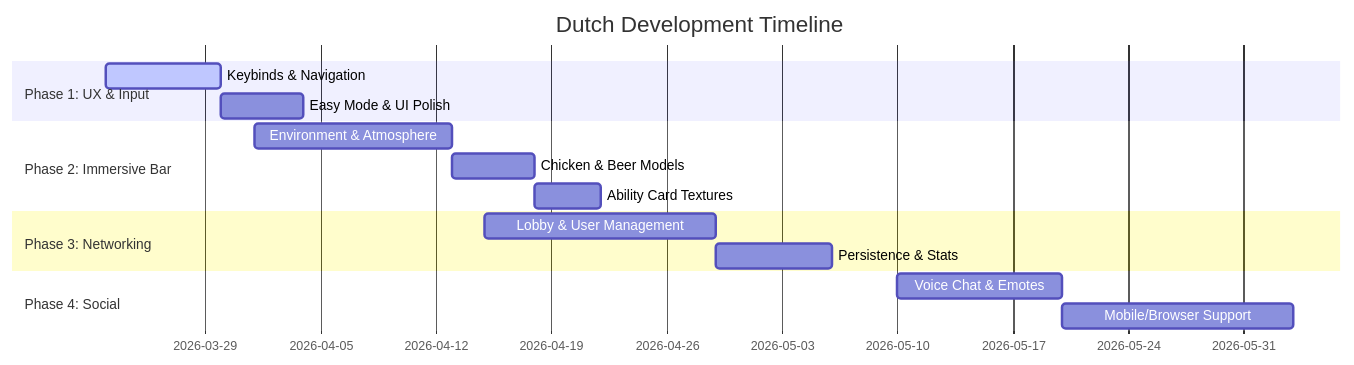
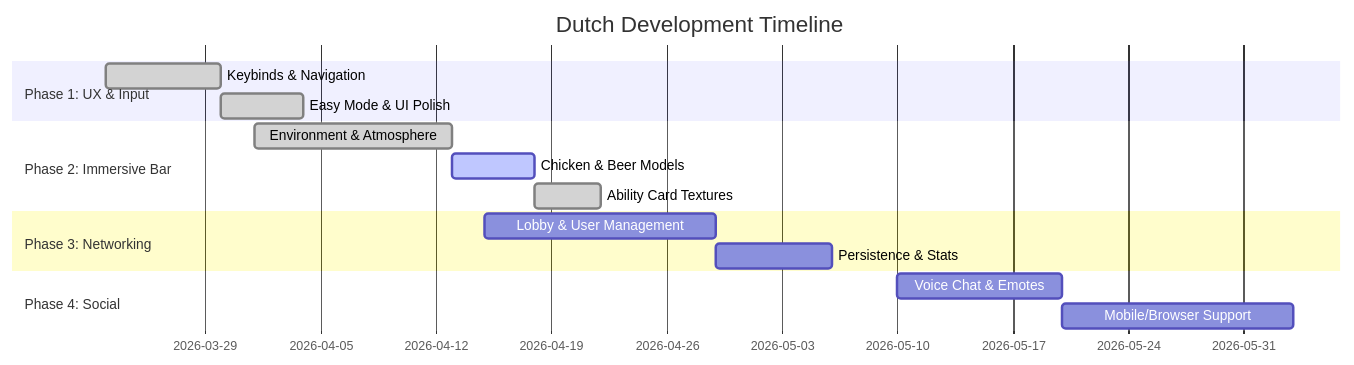
The diagram in ROADMAP.md (DinVin24/dutch), drawn with Mermaid before and after one commit. The commit also changed other lines of this file and 1 other file, not shown here.

````diff
--- a/ROADMAP.md
+++ b/ROADMAP.md
@@ -6,18 +6,18 @@
 ```mermaid
 gantt
     title Dutch Development Timeline
     dateFormat  YYYY-MM-DD
     section Phase 1: UX & Input
-    Keybinds & Navigation    :active, des1, 2026-03-23, 7d
-    Easy Mode & UI Polish     :des2, after des1, 5d
+    Keybinds & Navigation    :done, des1, 2026-03-23, 7d
+    Easy Mode & UI Polish     :done, des2, after des1, 5d
     section Phase 2: Immersive Bar
-    Environment & Atmosphere :des3, 2026-04-01, 12d
-    Chicken & Beer Models    :des4, after des3, 5d
-    Ability Card Textures    :des5, after des4, 4d
+    Environment & Atmosphere :done, des3, 2026-04-01, 12d
+    Chicken & Beer Models    :active, des4, after des3, 5d
+    Ability Card Textures    :done, des5, after des4, 4d
     section Phase 3: Networking
     Lobby & User Management  :des6, 2026-04-15, 14d
     Persistence & Stats      :des7, after des6, 7d
     section Phase 4: Social
     Voice Chat & Emotes      :des8, 2026-05-10, 10d
     Mobile/Browser Support   :des9, after des8, 14d
 ```
````
